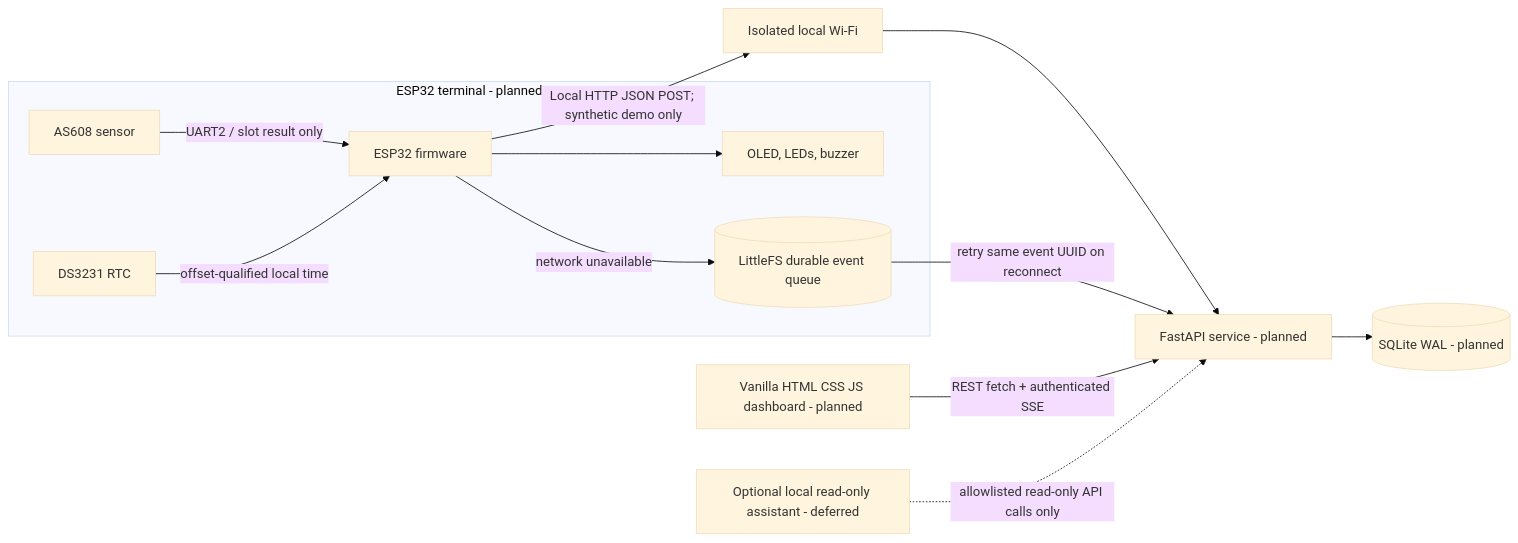
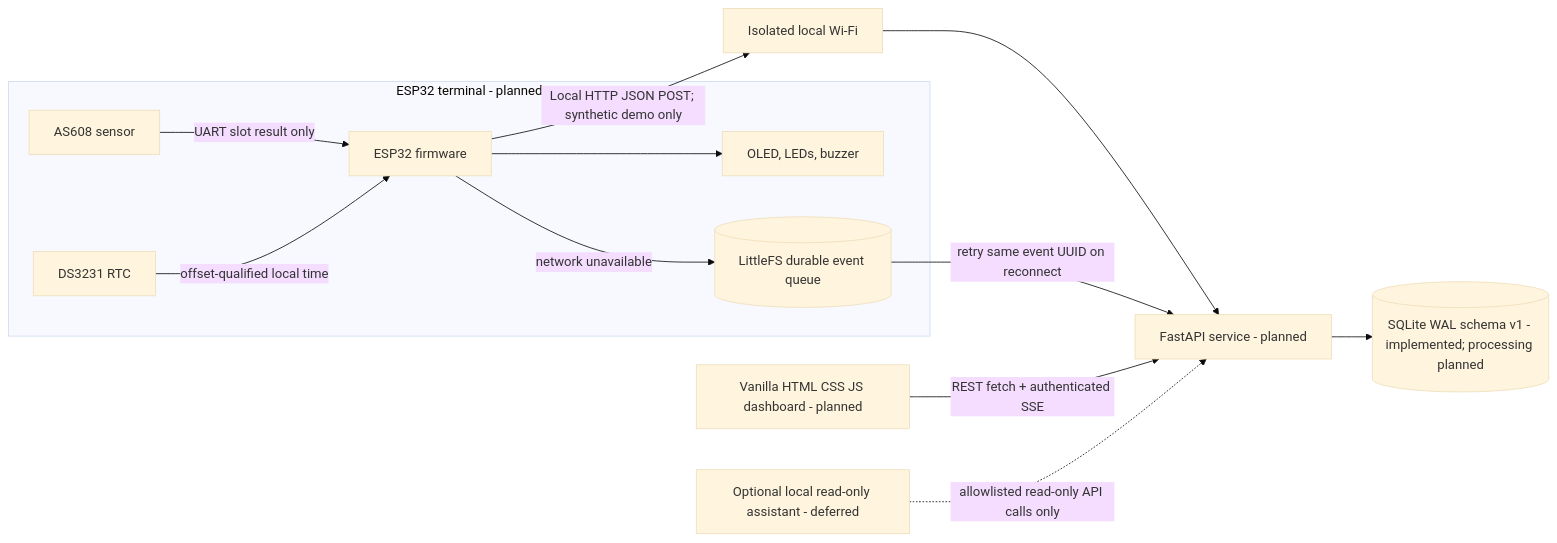
Before and after one commit to Wireshreck/biometric-attendance: the diagram in diagrams/architecture.mmd, drawn with Mermaid (base theme). The commit also changed 63 other files, not shown here.

Commit message:
feat: add SQLite schema v1 and Obsidian handoff workspace

```diff
--- a/diagrams/architecture.mmd
+++ b/diagrams/architecture.mmd
@@ -1,23 +1,23 @@
 flowchart LR
   subgraph Edge[ESP32 terminal - planned]
     Sensor[AS608 sensor]
     MCU[ESP32 firmware]
     RTC[DS3231 RTC]
     UIhw[OLED, LEDs, buzzer]
     Queue[(LittleFS durable event queue)]
-    Sensor -->|UART2 / slot result only| MCU
+    Sensor -->|UART slot result only| MCU
     RTC -->|offset-qualified local time| MCU
     MCU --> UIhw
     MCU -->|network unavailable| Queue
   end
 
   AP[Isolated local Wi-Fi]
   API[FastAPI service - planned]
-  DB[(SQLite WAL - planned)]
+  DB[(SQLite WAL schema v1 - implemented; processing planned)]
   Web[Vanilla HTML CSS JS dashboard - planned]
   AI[Optional local read-only assistant - deferred]
   MCU -->|Local HTTP JSON POST; synthetic demo only| AP --> API
   Queue -->|retry same event UUID on reconnect| API
   API --> DB
   Web -->|REST fetch + authenticated SSE| API
   AI -.->|allowlisted read-only API calls only| API
```
